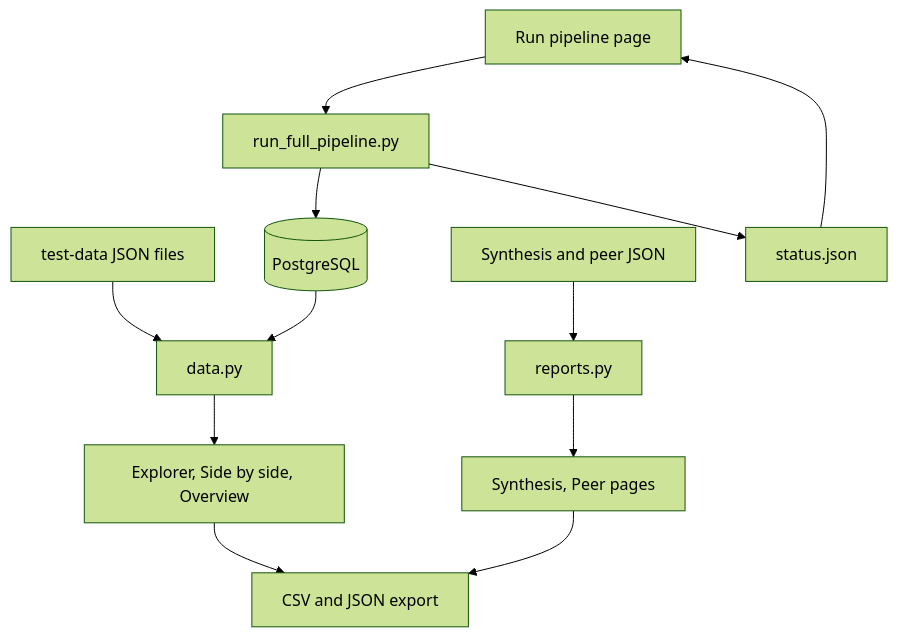
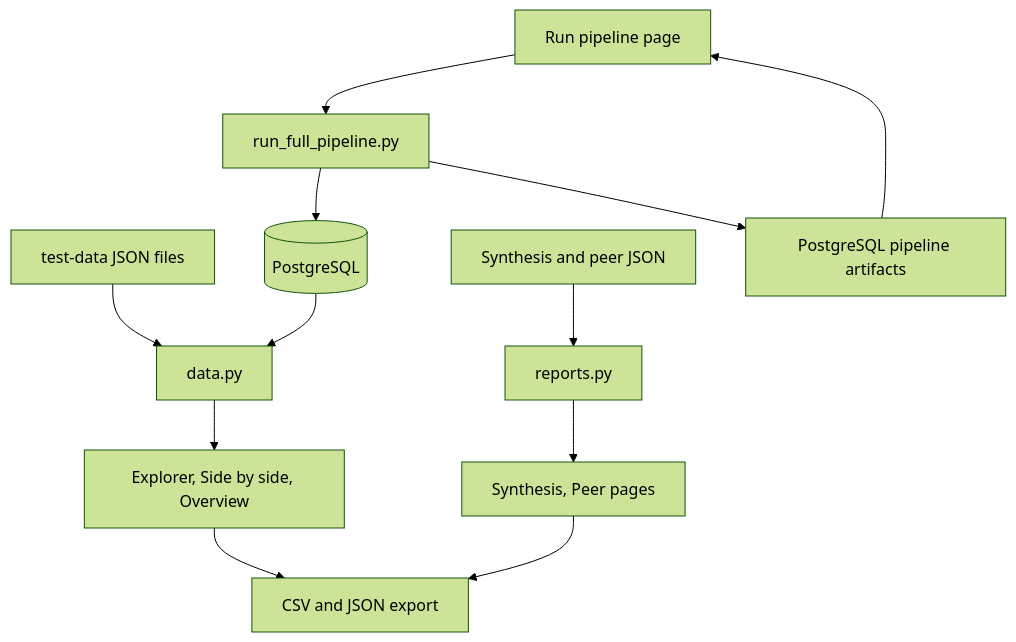
One commit to JingLeEa/sec-filings changed the diagram in docs/YUVIKA_ui_dashboard.md. Above: the diagram before and after it, drawn with Mermaid (forest theme). The commit also changed other lines of this file and 12 other files, not shown here.

````diff
--- a/docs/YUVIKA_ui_dashboard.md
+++ b/docs/YUVIKA_ui_dashboard.md
@@ -38,14 +39,14 @@
 ```mermaid
 flowchart TD
     A[test-data JSON files] --> D[data.py]
     B[(PostgreSQL)] --> D
     C[Synthesis and peer JSON] --> R[reports.py]
     U[Run pipeline page] --> J[run_full_pipeline.py]
     J --> B
-    J --> S[status.json]
+    J --> S[PostgreSQL pipeline artifacts]
     S --> U
     D --> P[Explorer, Side by side, Overview]
     R --> Q[Synthesis, Peer pages]
     P --> E[CSV and JSON export]
     Q --> E
 ```
````
